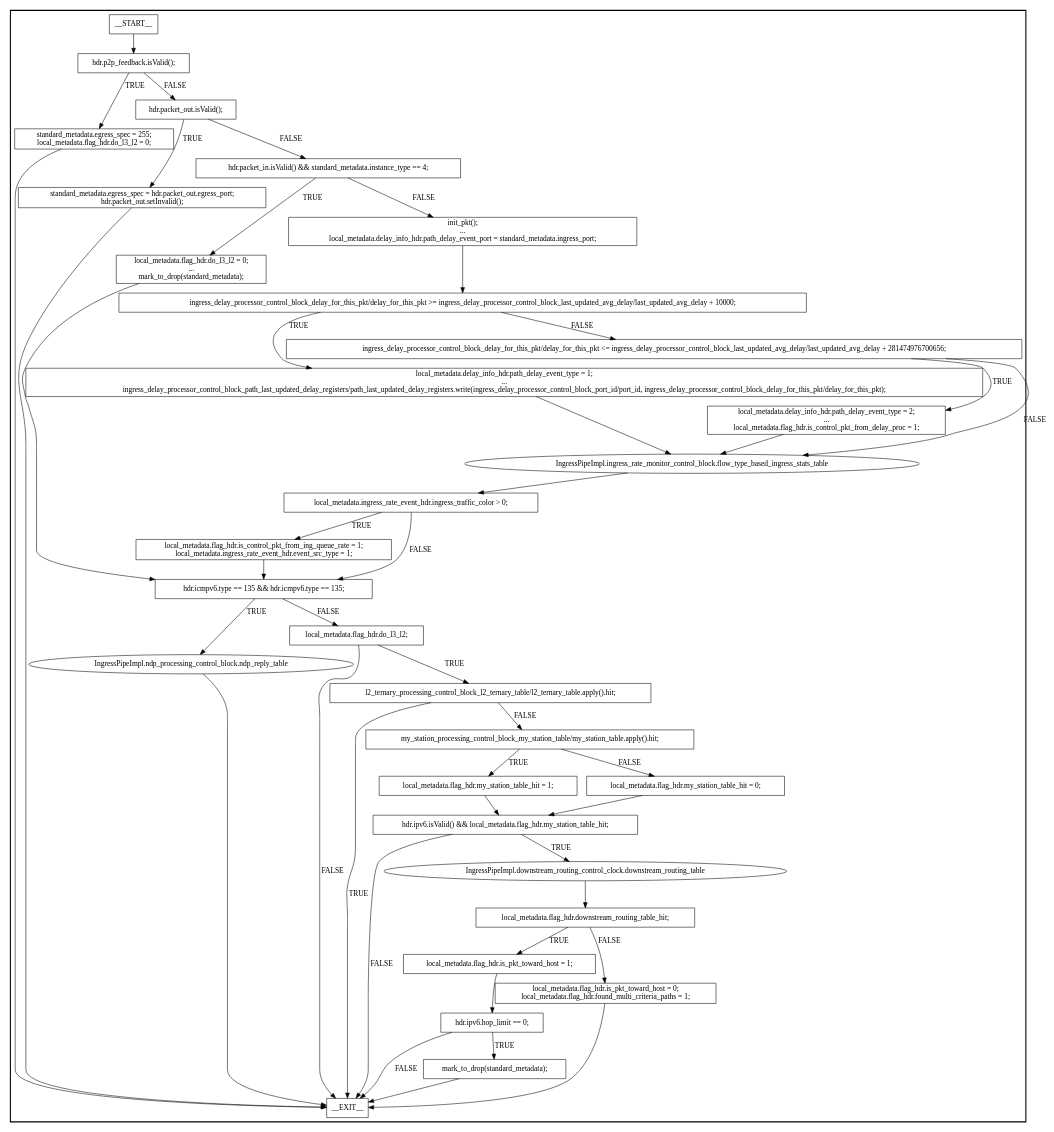
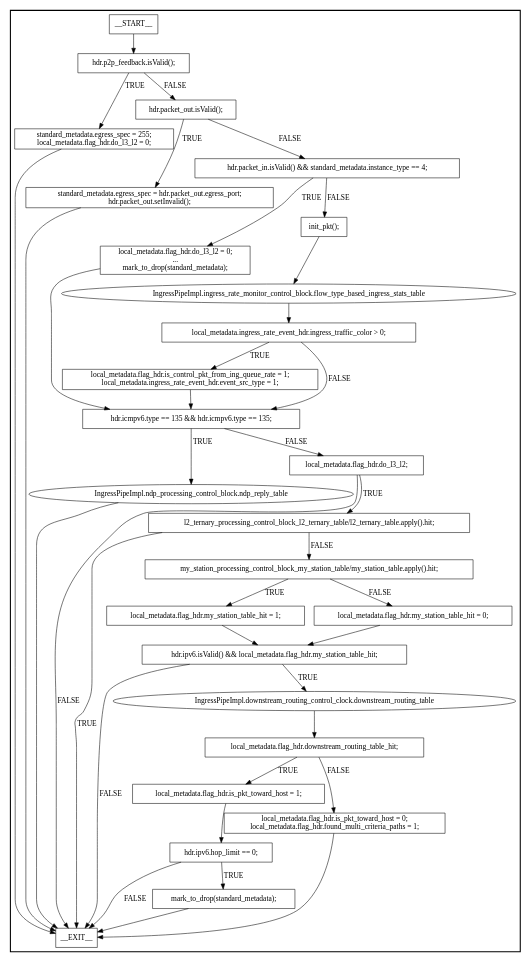
Before and after one commit to drobinkent/P4TE_UPTO_ELSEVIER_CN_REVISION_1: the diagram in p4src/graphs/leaf/IngressPipeImpl.dot, drawn with Graphviz. The commit also changed 1295 other files, not shown here.

```diff
--- a/p4src/graphs/leaf/IngressPipeImpl.dot
+++ b/p4src/graphs/leaf/IngressPipeImpl.dot
@@ -1,90 +1,74 @@
 digraph IngressPipeImpl {
 subgraph cluster {
 graph [
 label="", labeljust=r, style=bold];
 0[label=__START__, margin="", shape=rectangle, style=solid];
 1[label=__EXIT__, margin="", shape=rectangle, style=solid];
 2[label="hdr.p2p_feedback.isValid();", margin="", shape=rectangle, style=solid];
 3[label="standard_metadata.egress_spec = 255;
 local_metadata.flag_hdr.do_l3_l2 = 0;", margin="", shape=rectangle, style=solid];
 4[label="hdr.packet_out.isValid();", margin="", shape=rectangle, style=solid];
 5[label="standard_metadata.egress_spec = hdr.packet_out.egress_port;
 hdr.packet_out.setInvalid();", margin="", shape=rectangle, style=solid];
 6[label="hdr.packet_in.isValid() && standard_metadata.instance_type == 4;", margin="", shape=rectangle, style=solid];
 7[label="local_metadata.flag_hdr.do_l3_l2 = 0;
 ...
 mark_to_drop(standard_metadata);", margin="", shape=rectangle, style=solid];
-8[label="init_pkt();
-...
-local_metadata.delay_info_hdr.path_delay_event_port = standard_metadata.ingress_port;", margin="", shape=rectangle, style=solid];
-9[label="ingress_delay_processor_control_block_delay_for_this_pkt/delay_for_this_pkt >= ingress_delay_processor_control_block_last_updated_avg_delay/last_updated_avg_delay + 10000;", margin="", shape=rectangle, style=solid];
-10[label="local_metadata.delay_info_hdr.path_delay_event_type = 1;
-...
-ingress_delay_processor_control_block_path_last_updated_delay_registers/path_last_updated_delay_registers.write(ingress_delay_processor_control_block_port_id/port_id, ingress_delay_processor_control_block_delay_for_this_pkt/delay_for_this_pkt);", margin="", shape=rectangle, style=solid];
-11[label="ingress_delay_processor_control_block_delay_for_this_pkt/delay_for_this_pkt <= ingress_delay_processor_control_block_last_updated_avg_delay/last_updated_avg_delay + 281474976700656;", margin="", shape=rectangle, style=solid];
-12[label="local_metadata.delay_info_hdr.path_delay_event_type = 2;
-...
-local_metadata.flag_hdr.is_control_pkt_from_delay_proc = 1;", margin="", shape=rectangle, style=solid];
-13[label="IngressPipeImpl.ingress_rate_monitor_control_block.flow_type_based_ingress_stats_table", margin="", shape=ellipse, style=solid];
-14[label="local_metadata.ingress_rate_event_hdr.ingress_traffic_color > 0;", margin="", shape=rectangle, style=solid];
-15[label="local_metadata.flag_hdr.is_control_pkt_from_ing_queue_rate = 1;
+8[label="init_pkt();", margin="", shape=rectangle, style=solid];
+9[label="IngressPipeImpl.ingress_rate_monitor_control_block.flow_type_based_ingress_stats_table", margin="", shape=ellipse, style=solid];
+10[label="local_metadata.ingress_rate_event_hdr.ingress_traffic_color > 0;", margin="", shape=rectangle, style=solid];
+11[label="local_metadata.flag_hdr.is_control_pkt_from_ing_queue_rate = 1;
 local_metadata.ingress_rate_event_hdr.event_src_type = 1;", margin="", shape=rectangle, style=solid];
-16[label="hdr.icmpv6.type == 135 && hdr.icmpv6.type == 135;", margin="", shape=rectangle, style=solid];
-17[label="IngressPipeImpl.ndp_processing_control_block.ndp_reply_table", margin="", shape=ellipse, style=solid];
-18[label="local_metadata.flag_hdr.do_l3_l2;", margin="", shape=rectangle, style=solid];
-19[label="l2_ternary_processing_control_block_l2_ternary_table/l2_ternary_table.apply().hit;", margin="", shape=rectangle, style=solid];
-20[label="my_station_processing_control_block_my_station_table/my_station_table.apply().hit;", margin="", shape=rectangle, style=solid];
-21[label="local_metadata.flag_hdr.my_station_table_hit = 1;", margin="", shape=rectangle, style=solid];
-22[label="local_metadata.flag_hdr.my_station_table_hit = 0;", margin="", shape=rectangle, style=solid];
-23[label="hdr.ipv6.isValid() && local_metadata.flag_hdr.my_station_table_hit;", margin="", shape=rectangle, style=solid];
-24[label="IngressPipeImpl.downstream_routing_control_clock.downstream_routing_table", margin="", shape=ellipse, style=solid];
-25[label="local_metadata.flag_hdr.downstream_routing_table_hit;", margin="", shape=rectangle, style=solid];
-26[label="local_metadata.flag_hdr.is_pkt_toward_host = 1;", margin="", shape=rectangle, style=solid];
-27[label="hdr.ipv6.hop_limit == 0;", margin="", shape=rectangle, style=solid];
-28[label="mark_to_drop(standard_metadata);", margin="", shape=rectangle, style=solid];
-29[label="local_metadata.flag_hdr.is_pkt_toward_host = 0;
+12[label="hdr.icmpv6.type == 135 && hdr.icmpv6.type == 135;", margin="", shape=rectangle, style=solid];
+13[label="IngressPipeImpl.ndp_processing_control_block.ndp_reply_table", margin="", shape=ellipse, style=solid];
+14[label="local_metadata.flag_hdr.do_l3_l2;", margin="", shape=rectangle, style=solid];
+15[label="l2_ternary_processing_control_block_l2_ternary_table/l2_ternary_table.apply().hit;", margin="", shape=rectangle, style=solid];
+16[label="my_station_processing_control_block_my_station_table/my_station_table.apply().hit;", margin="", shape=rectangle, style=solid];
+17[label="local_metadata.flag_hdr.my_station_table_hit = 1;", margin="", shape=rectangle, style=solid];
+18[label="local_metadata.flag_hdr.my_station_table_hit = 0;", margin="", shape=rectangle, style=solid];
+19[label="hdr.ipv6.isValid() && local_metadata.flag_hdr.my_station_table_hit;", margin="", shape=rectangle, style=solid];
+20[label="IngressPipeImpl.downstream_routing_control_clock.downstream_routing_table", margin="", shape=ellipse, style=solid];
+21[label="local_metadata.flag_hdr.downstream_routing_table_hit;", margin="", shape=rectangle, style=solid];
+22[label="local_metadata.flag_hdr.is_pkt_toward_host = 1;", margin="", shape=rectangle, style=solid];
+23[label="hdr.ipv6.hop_limit == 0;", margin="", shape=rectangle, style=solid];
+24[label="mark_to_drop(standard_metadata);", margin="", shape=rectangle, style=solid];
+25[label="local_metadata.flag_hdr.is_pkt_toward_host = 0;
 local_metadata.flag_hdr.found_multi_criteria_paths = 1;", margin="", shape=rectangle, style=solid];
 0 -> 2[label=""];
 2 -> 3[label=TRUE];
 2 -> 4[label=FALSE];
 3 -> 1[label=""];
 4 -> 5[label=TRUE];
 4 -> 6[label=FALSE];
 5 -> 1[label=""];
 6 -> 7[label=TRUE];
 6 -> 8[label=FALSE];
-7 -> 16[label=""];
+7 -> 12[label=""];
 8 -> 9[label=""];
-9 -> 10[label=TRUE];
-9 -> 11[label=FALSE];
-10 -> 13[label=""];
-11 -> 12[label=TRUE];
-11 -> 13[label=FALSE];
-12 -> 13[label=""];
-13 -> 14[label=""];
+9 -> 10[label=""];
+10 -> 11[label=TRUE];
+10 -> 12[label=FALSE];
+11 -> 12[label=""];
+12 -> 13[label=TRUE];
+12 -> 14[label=FALSE];
+13 -> 1[label=""];
 14 -> 15[label=TRUE];
-14 -> 16[label=FALSE];
-15 -> 16[label=""];
+14 -> 1[label=FALSE];
+15 -> 1[label=TRUE];
+15 -> 16[label=FALSE];
 16 -> 17[label=TRUE];
 16 -> 18[label=FALSE];
-17 -> 1[label=""];
-18 -> 19[label=TRUE];
-18 -> 1[label=FALSE];
-19 -> 1[label=TRUE];
-19 -> 20[label=FALSE];
-20 -> 21[label=TRUE];
-20 -> 22[label=FALSE];
-21 -> 23[label=""];
+17 -> 19[label=""];
+18 -> 19[label=""];
+19 -> 20[label=TRUE];
+19 -> 1[label=FALSE];
+20 -> 21[label=""];
+21 -> 22[label=TRUE];
+21 -> 25[label=FALSE];
 22 -> 23[label=""];
 23 -> 24[label=TRUE];
 23 -> 1[label=FALSE];
-24 -> 25[label=""];
-25 -> 26[label=TRUE];
-25 -> 29[label=FALSE];
-26 -> 27[label=""];
-27 -> 28[label=TRUE];
-27 -> 1[label=FALSE];
-28 -> 1[label=""];
-29 -> 1[label=""];
+24 -> 1[label=""];
+25 -> 1[label=""];
 }
 }
```
